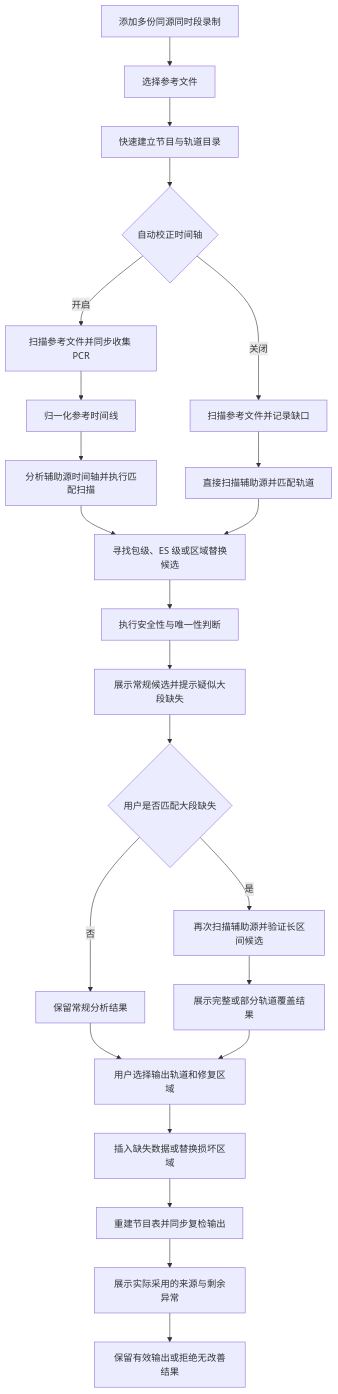
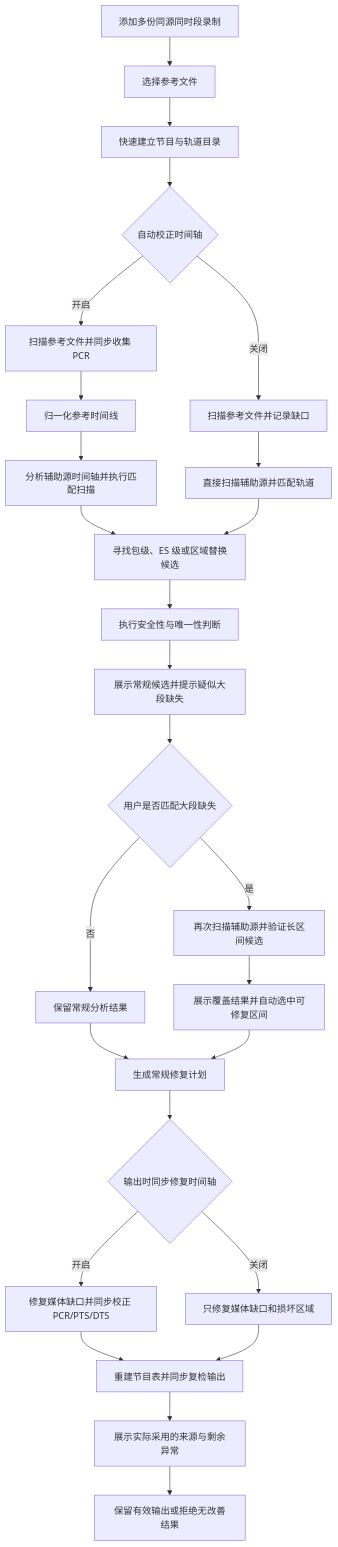
One commit to nilaoda/TSCutter.GUI changed the diagram in docs/TS多源修复设计方案.md. Above: the diagram before and after it, drawn with Mermaid. The commit also changed other lines of this file and 2 other files, not shown here.

````diff
--- a/docs/TS多源修复设计方案.md
+++ b/docs/TS多源修复设计方案.md
@@ -74,25 +75,28 @@
 ```mermaid
 flowchart TD
     A[添加多份同源同时段录制] --> B[选择参考文件]
     B --> C[快速建立节目与轨道目录]
     C --> D{自动校正时间轴}
     D -->|开启| E[扫描参考文件并同步收集 PCR]
     D -->|关闭| F[扫描参考文件并记录缺口]
     E --> G[归一化参考时间线]
     G --> H[分析辅助源时间轴并执行匹配扫描]
     F --> I[直接扫描辅助源并匹配轨道]
     H --> J[寻找包级、ES 级或区域替换候选]
     I --> J
     J --> K[执行安全性与唯一性判断]
     K --> L[展示常规候选并提示疑似大段缺失]
     L --> M{用户是否匹配大段缺失}
     M -->|是| N[再次扫描辅助源并验证长区间候选]
     M -->|否| O[保留常规分析结果]
-    N --> P[展示完整或部分轨道覆盖结果]
-    O --> Q[用户选择输出轨道和修复区域]
+    N --> P[展示覆盖结果并自动选中可修复区间]
+    O --> Q[生成常规修复计划]
     P --> Q
-    Q --> R[插入缺失数据或替换损坏区域]
-    R --> S[重建节目表并同步复检输出]
-    S --> T[展示实际采用的来源与剩余异常]
-    T --> U[保留有效输出或拒绝无改善结果]
+    Q --> R{输出时同步修复时间轴}
+    R -->|开启| S[修复媒体缺口并同步校正 PCR/PTS/DTS]
+    R -->|关闭| T[只修复媒体缺口和损坏区域]
+    S --> U[重建节目表并同步复检输出]
+    T --> U
+    U --> V[展示实际采用的来源与剩余异常]
+    V --> W[保留有效输出或拒绝无改善结果]
 ```
````
